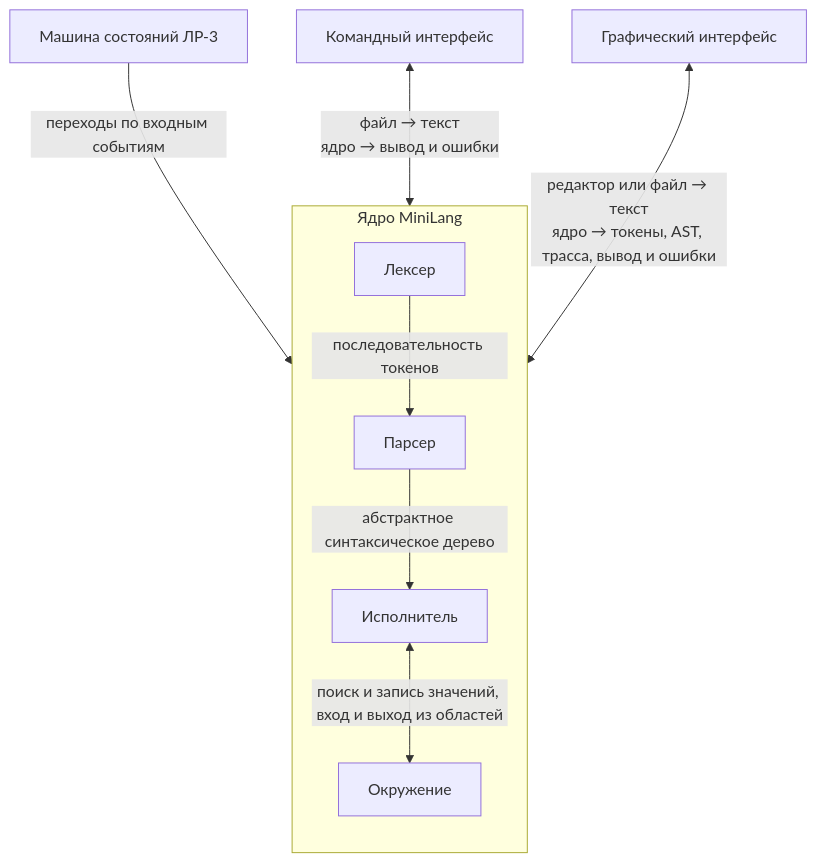
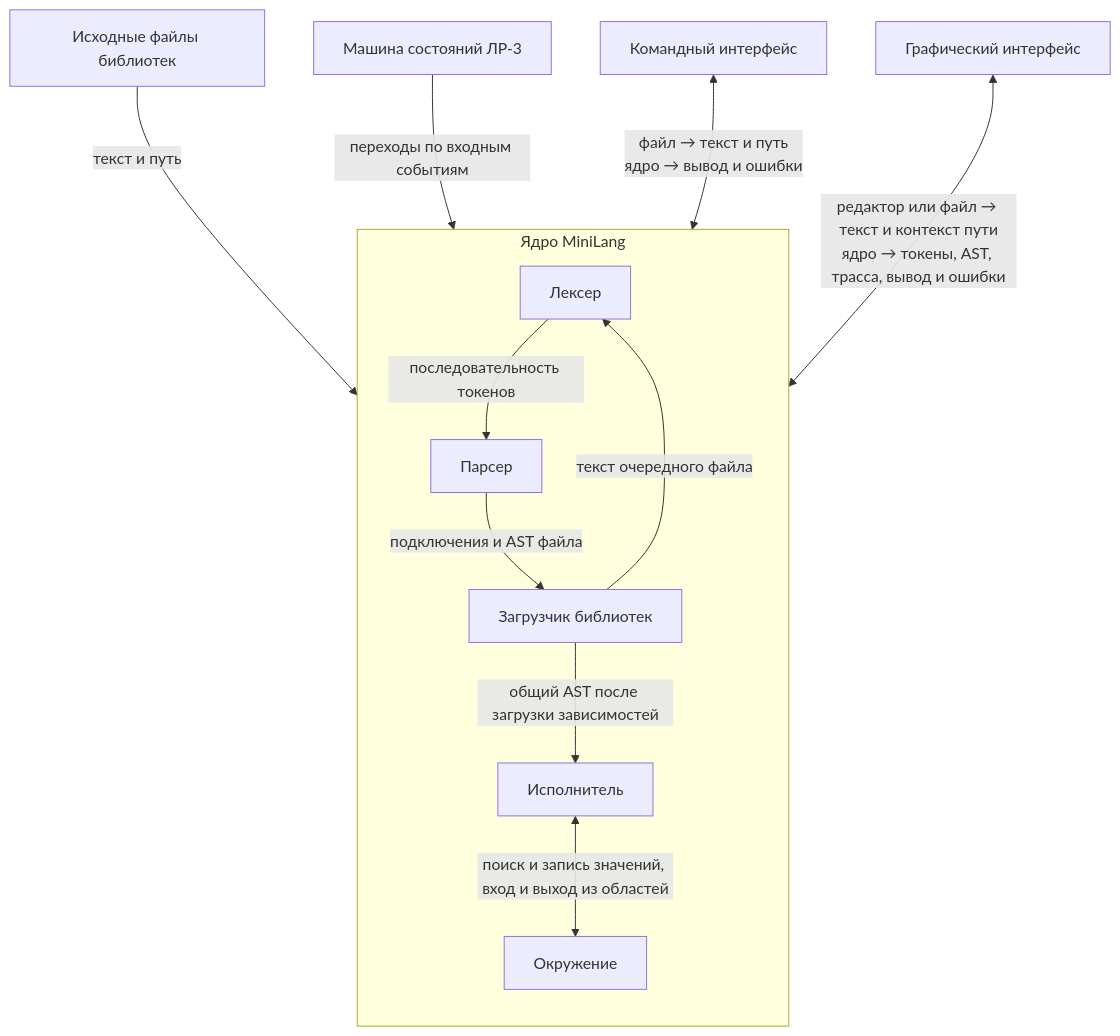
Before and after one commit to Krastti/DataStructures: the second of 2 diagrams in Interpreter/docs/design.md, drawn with Mermaid. The commit also changed other lines of this file and 11 other files, not shown here.

Commit message:
Добавил разбор using и план подключения библиотек

````diff
--- a/Interpreter/docs/design.md
+++ b/Interpreter/docs/design.md
@@ -40,12 +52,15 @@
 ```mermaid
 flowchart TD
-    CLI["Командный интерфейс"] <-->|"файл → текст<br/>ядро → вывод и ошибки"| Core
-    GUI["Графический интерфейс"] <-->|"редактор или файл → текст<br/>ядро → токены, AST, трасса, вывод и ошибки"| Core
+    CLI["Командный интерфейс"] <-->|"файл → текст и путь<br/>ядро → вывод и ошибки"| Core
+    GUI["Графический интерфейс"] <-->|"редактор или файл → текст и контекст пути<br/>ядро → токены, AST, трасса, вывод и ошибки"| Core
     subgraph Core["Ядро MiniLang"]
         direction TB
         Lexer["Лексер"] -->|"последовательность токенов"| Parser["Парсер"]
-        Parser -->|"абстрактное синтаксическое дерево"| Executor["Исполнитель"]
+        Loader["Загрузчик библиотек"] -->|"текст очередного файла"| Lexer
+        Parser -->|"подключения и AST файла"| Loader
+        Loader -->|"общий AST после загрузки зависимостей"| Executor["Исполнитель"]
         Executor <-->|"поиск и запись значений, вход и выход из областей"| Environment["Окружение"]
     end
+    Files["Исходные файлы библиотек"] -->|"текст и путь"| Loader
     Machine["Машина состояний ЛР-3"] -->|"переходы по входным событиям"| Lexer
 ```
````
